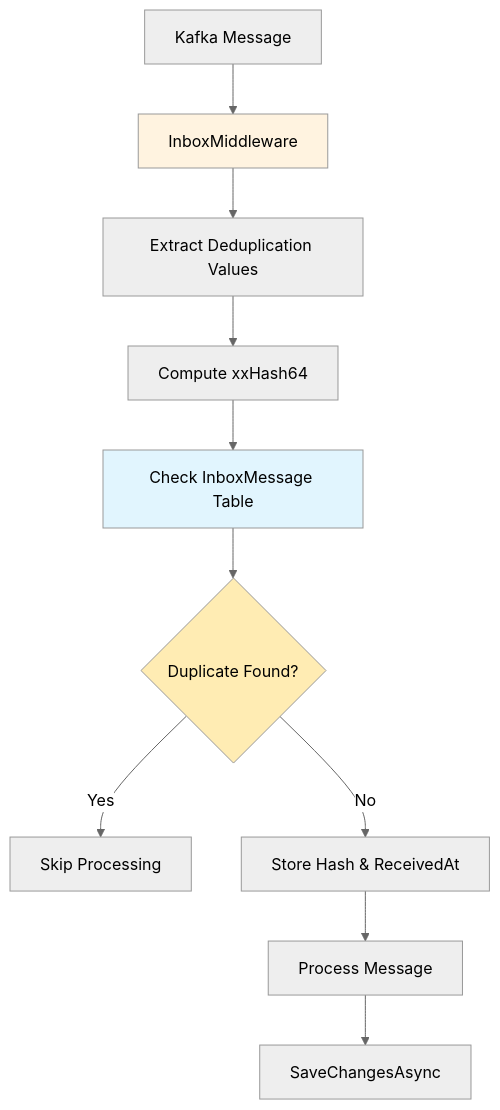
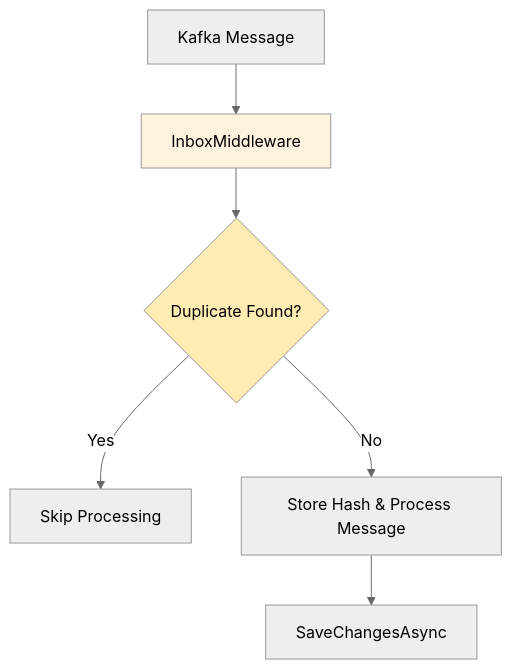
The diagram in docs/features/inbox.md (cleberMargarida/k-entity-framework), drawn with Mermaid (neutral theme) before and after one commit. The commit also changed other lines of this file and 26 other files, not shown here.

````diff
--- a/docs/features/inbox.md
+++ b/docs/features/inbox.md
@@ -25,16 +21,11 @@
 ```mermaid
 graph TD
     A[Kafka Message] --> B[InboxMiddleware]
-    B --> C[Extract Deduplication Values]
-    C --> D[Compute xxHash64]
-    D --> E[Check InboxMessage Table]
-    E --> F{Duplicate Found?}
-    F -->|Yes| G[Skip Processing]
-    F -->|No| H[Store Hash & ReceivedAt]
-    H --> I[Process Message]
-    I --> J[SaveChangesAsync]
+    B --> C{Duplicate Found?}
+    C -->|Yes| D[Skip Processing]
+    C -->|No| E[Store Hash & Process Message]
+    E --> F[SaveChangesAsync]
     
     style B fill:#fff3e0
-    style E fill:#e1f5fe
-    style F fill:#ffecb3
+    style C fill:#ffecb3
 ```
````
